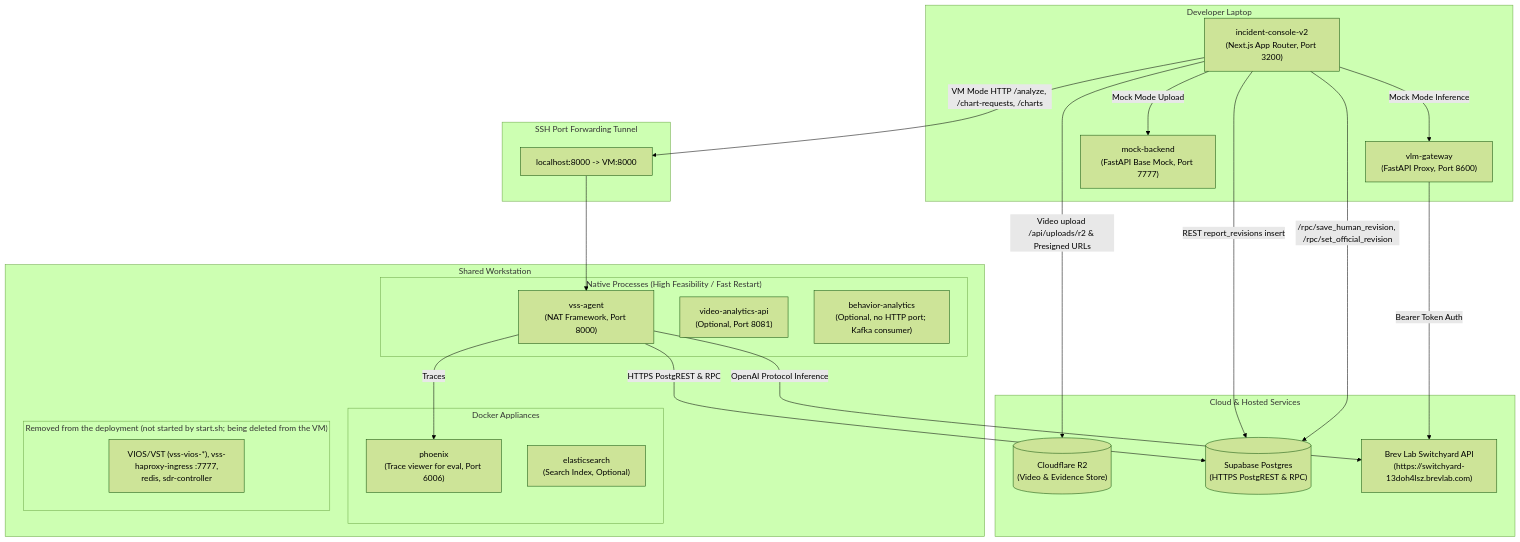
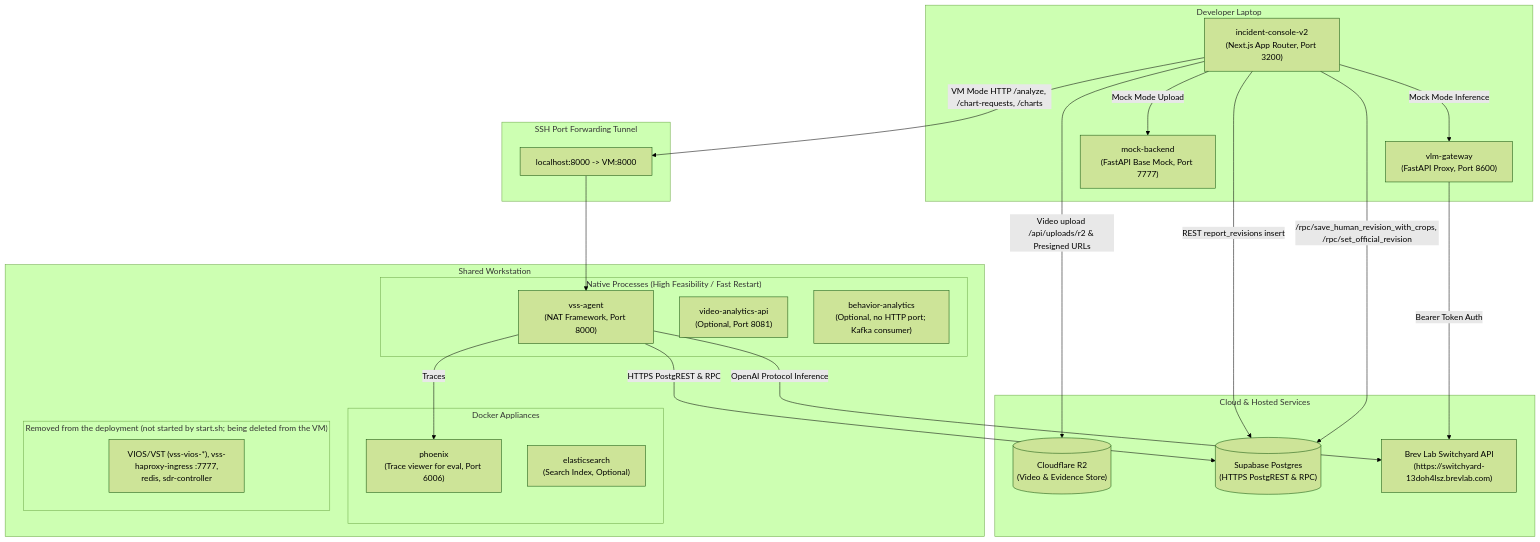
One commit to Danwidj/video-search-and-summarization changed the first of 5 diagrams in deploy/docker/developer-profiles/dev-profile-incident/.docs/architecture.md. Above: the diagram before and after it, drawn with Mermaid (forest theme). The commit also changed other lines of this file and 60 other files, not shown here.

````diff
--- a/deploy/docker/developer-profiles/dev-profile-incident/.docs/architecture.md
+++ b/deploy/docker/developer-profiles/dev-profile-incident/.docs/architecture.md
@@ -21,54 +21,54 @@
 ```mermaid
 flowchart TB
     subgraph Laptop["Developer Laptop"]
         UI["incident-console-v2<br/>(Next.js App Router, Port 3200)"]
         Gateway["vlm-gateway<br/>(FastAPI Proxy, Port 8600)"]
         Mock["mock-backend<br/>(FastAPI Base Mock, Port 7777)"]
     end
 
     subgraph Tunnel["SSH Port Forwarding Tunnel"]
         FwdAgent["localhost:8000 -> VM:8000"]
     end
 
     subgraph VM["<vm-host> Shared Workstation"]
         subgraph VMNative["Native Processes (High Feasibility / Fast Restart)"]
             Agent["vss-agent<br/>(NAT Framework, Port 8000)"]
             VideoAnalytics["video-analytics-api<br/>(Optional, Port 8081)"]
             BehaviorAnalytics["behavior-analytics<br/>(Optional, no HTTP port; Kafka consumer)"]
         end
 
         subgraph VMDocker["Docker Appliances"]
             Phoenix["phoenix<br/>(Trace viewer for eval, Port 6006)"]
             Elasticsearch["elasticsearch<br/>(Search Index, Optional)"]
         end
 
         subgraph VMRemoved["Removed from the deployment (not started by start.sh; being deleted from the VM)"]
             Removed["VIOS/VST (vss-vios-*), vss-haproxy-ingress :7777,<br/>redis, sdr-controller"]
         end
     end
 
     subgraph External["Cloud & Hosted Services"]
         R2[("Cloudflare R2<br/>(Video & Evidence Store)")]
         Supabase[("Supabase Postgres<br/>(HTTPS PostgREST & RPC)")]
         Brev["Brev Lab Switchyard API<br/>(https://switchyard-13doh4lsz.brevlab.com)"]
     end
 
     %% Laptop connections
     UI -->|Mock Mode Inference| Gateway
     UI -->|Mock Mode Upload| Mock
     UI -->|VM Mode HTTP /analyze, /chart-requests, /charts| FwdAgent
     UI -->|Video upload /api/uploads/r2 & Presigned URLs| R2
     UI -->|REST report_revisions insert| Supabase
-    UI -->|/rpc/save_human_revision, /rpc/set_official_revision| Supabase
+    UI -->|/rpc/save_human_revision_with_crops, /rpc/set_official_revision| Supabase
 
     %% Gateway Upstream
     Gateway -->|Bearer Token Auth| Brev
 
     %% Tunnel Connections
     FwdAgent --> Agent
 
     %% VM Internal Routing
     Agent -->|Traces| Phoenix
     Agent -->|OpenAI Protocol Inference| Brev
     Agent -->|HTTPS PostgREST & RPC| Supabase
 ```
````
